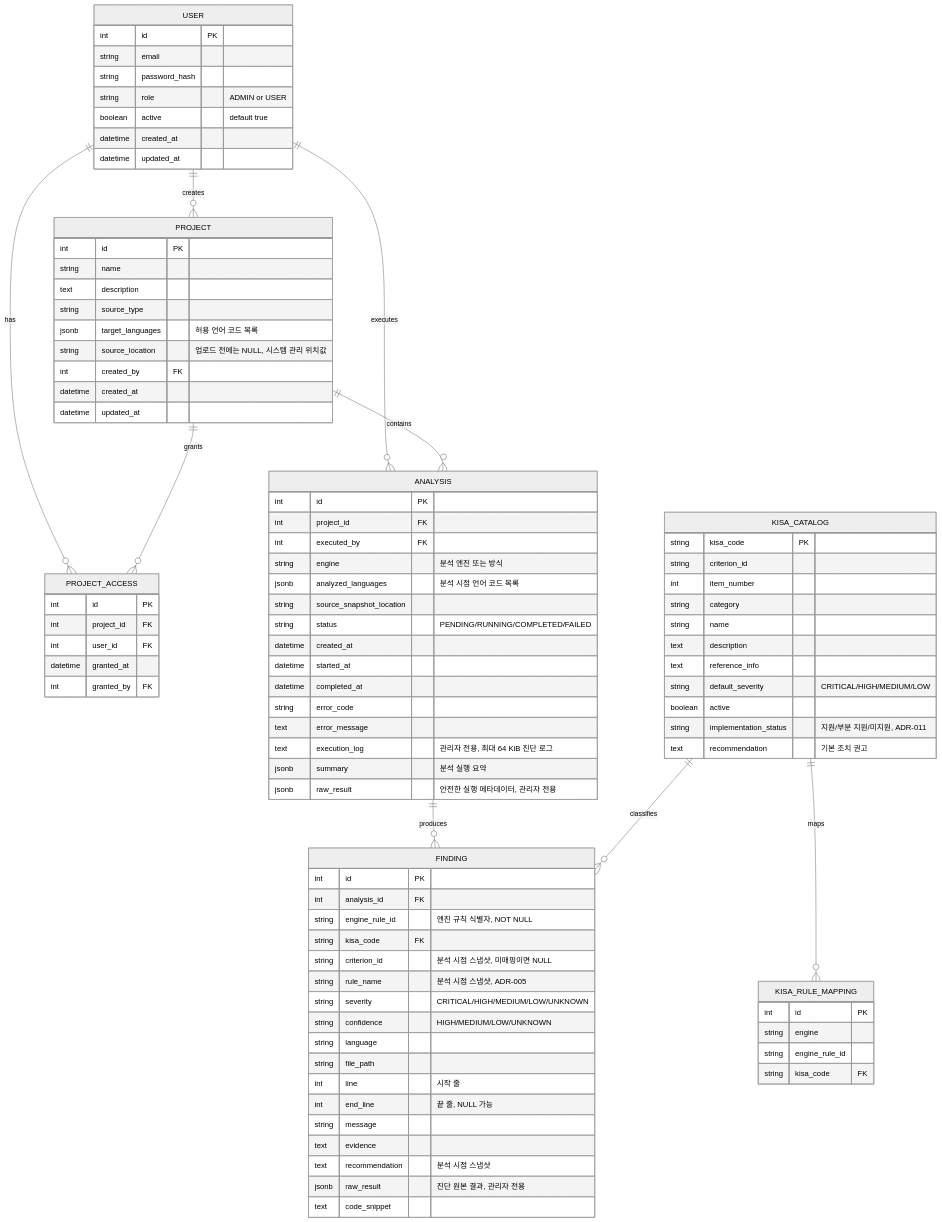
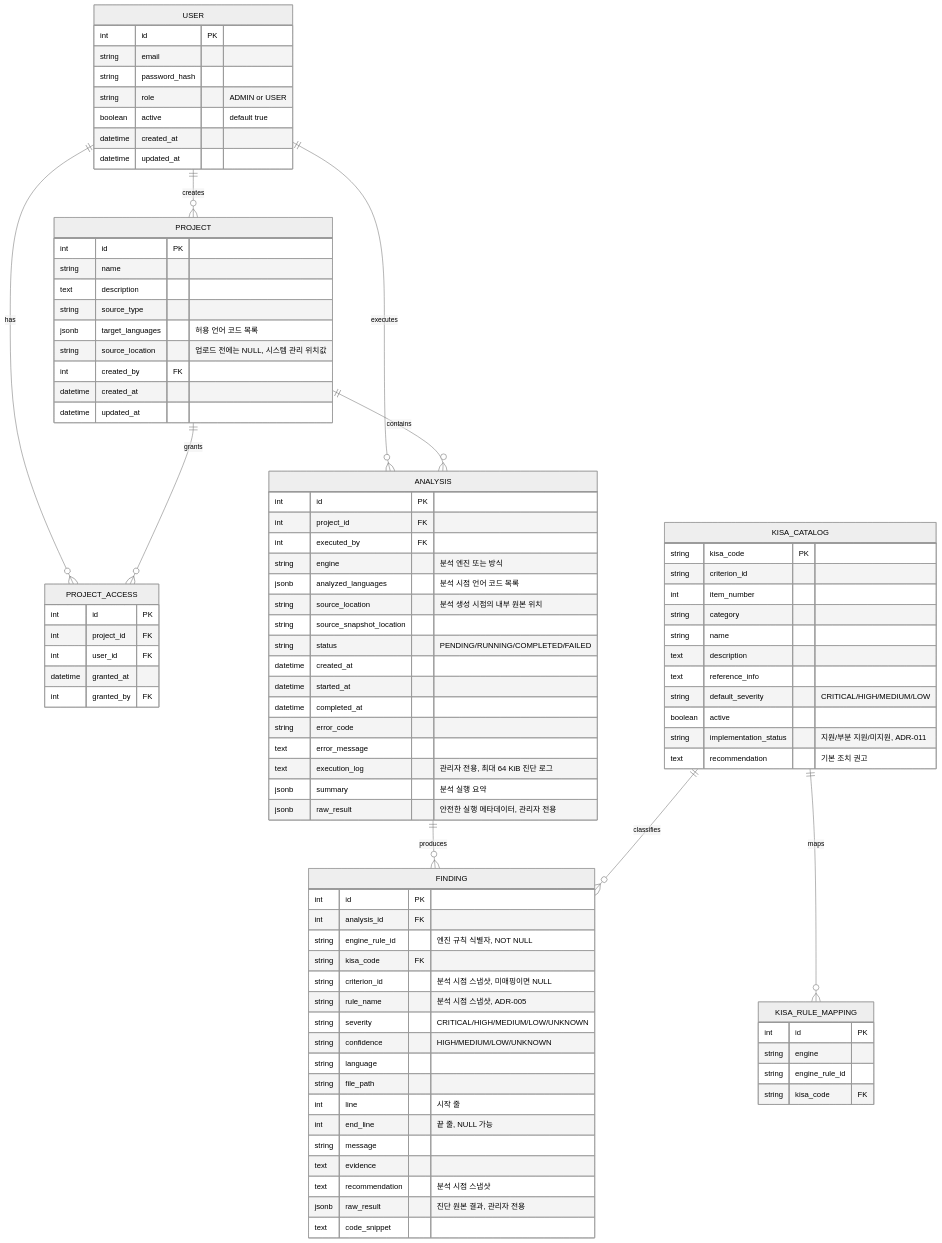
Before and after one commit to nYeonG4001/secscan: the diagram in docs/erd.md, drawn with Mermaid (neutral theme). The commit also changed other lines of this file and 36 other files, not shown here.

```diff
--- a/docs/erd.md
+++ b/docs/erd.md
@@ -46,6 +46,7 @@
         int executed_by FK
         string engine "분석 엔진 또는 방식"
         jsonb analyzed_languages "분석 시점 언어 코드 목록"
+        string source_location "분석 생성 시점의 내부 원본 위치"
         string source_snapshot_location
         string status "PENDING/RUNNING/COMPLETED/FAILED"
         datetime created_at
```
